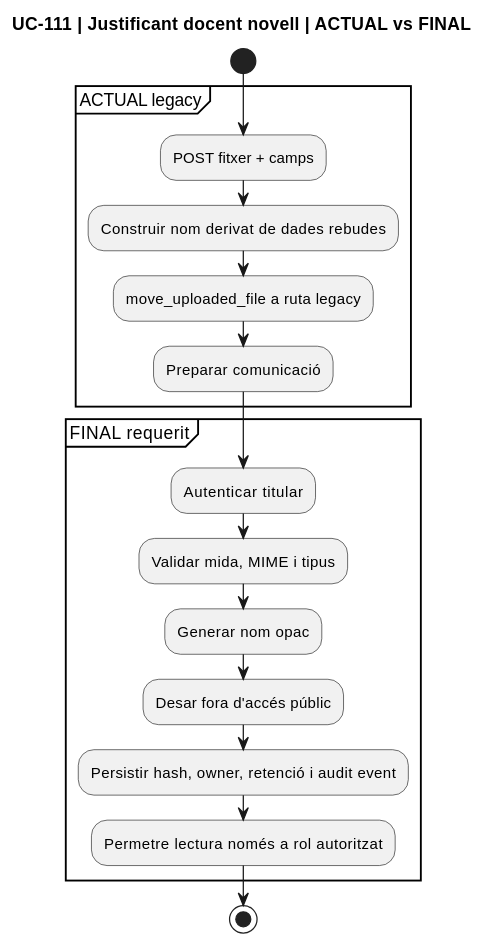
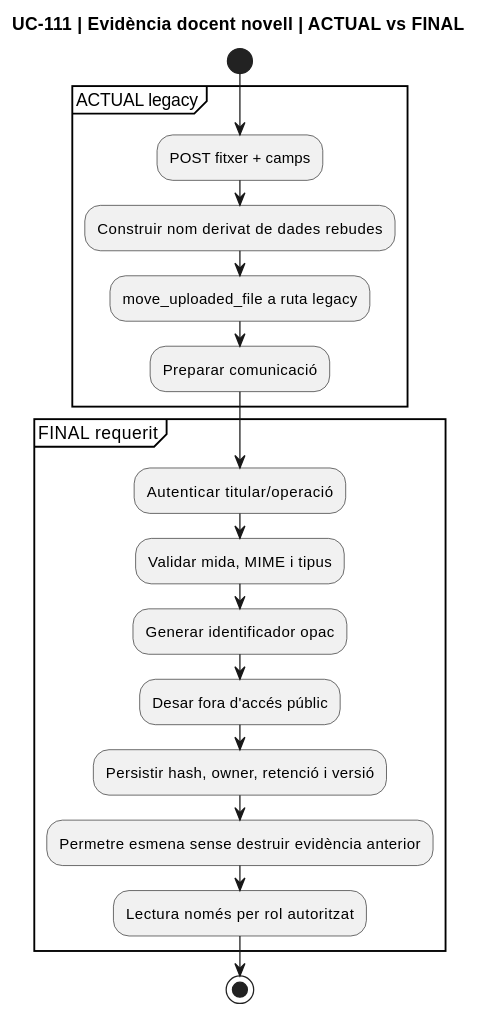
Before and after one commit to orgmeriemprismacat-del/verifactu: the third of 12 diagrams in documentacio/07-uml-integrat/uc-111-activitats-actual-final.md, drawn with PlantUML. The commit also changed other lines of this file, not shown here.

Commit message:
UC-111 complete web intranet and payment activity diagrams

````diff
--- a/documentacio/07-uml-integrat/uc-111-activitats-actual-final.md
+++ b/documentacio/07-uml-integrat/uc-111-activitats-actual-final.md
@@ -45,21 +61,22 @@
 ```plantuml
 @startuml
-title UC-111 | Justificant docent novell | ACTUAL vs FINAL
+title UC-111 | Evidència docent novell | ACTUAL vs FINAL
 start
 partition "ACTUAL legacy" {
   :POST fitxer + camps;
   :Construir nom derivat de dades rebudes;
   :move_uploaded_file a ruta legacy;
   :Preparar comunicació;
 }
 partition "FINAL requerit" {
-  :Autenticar titular;
+  :Autenticar titular/operació;
   :Validar mida, MIME i tipus;
-  :Generar nom opac;
+  :Generar identificador opac;
   :Desar fora d'accés públic;
-  :Persistir hash, owner, retenció i audit event;
-  :Permetre lectura només a rol autoritzat;
+  :Persistir hash, owner, retenció i versió;
+  :Permetre esmena sense destruir evidència anterior;
+  :Lectura només per rol autoritzat;
 }
 stop
 @enduml
 ```
````
